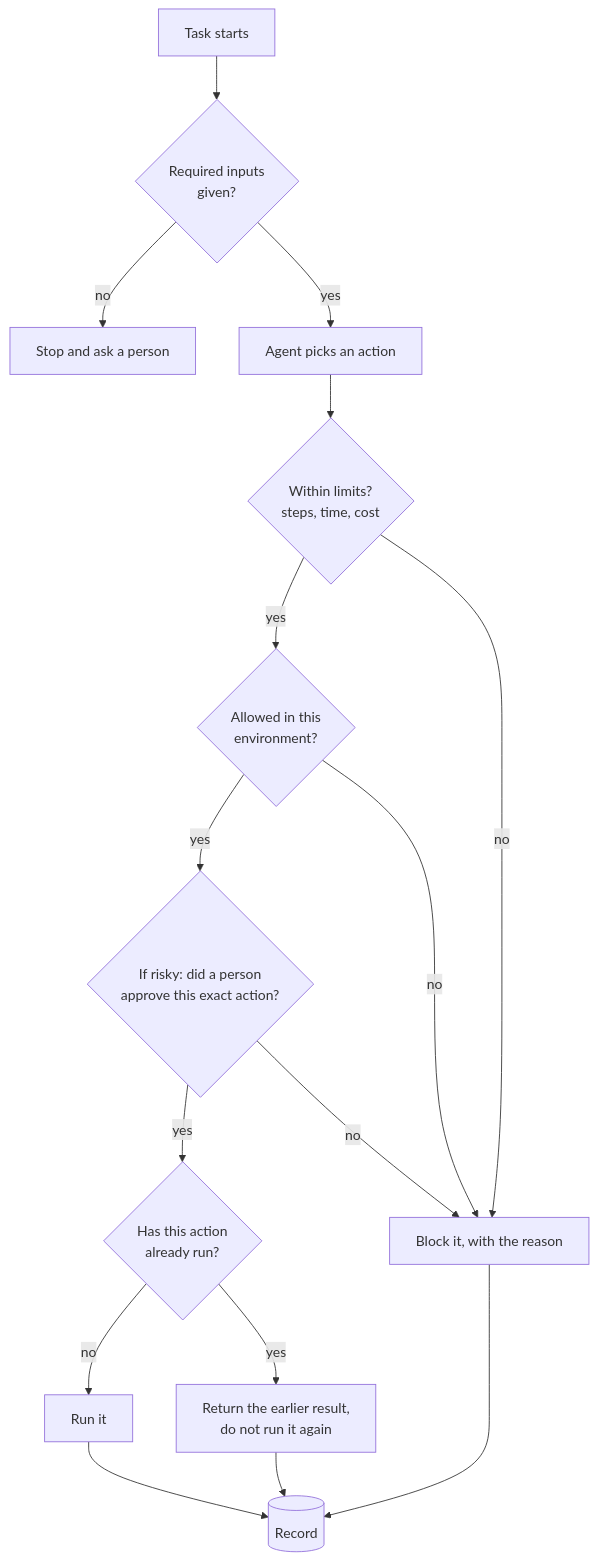
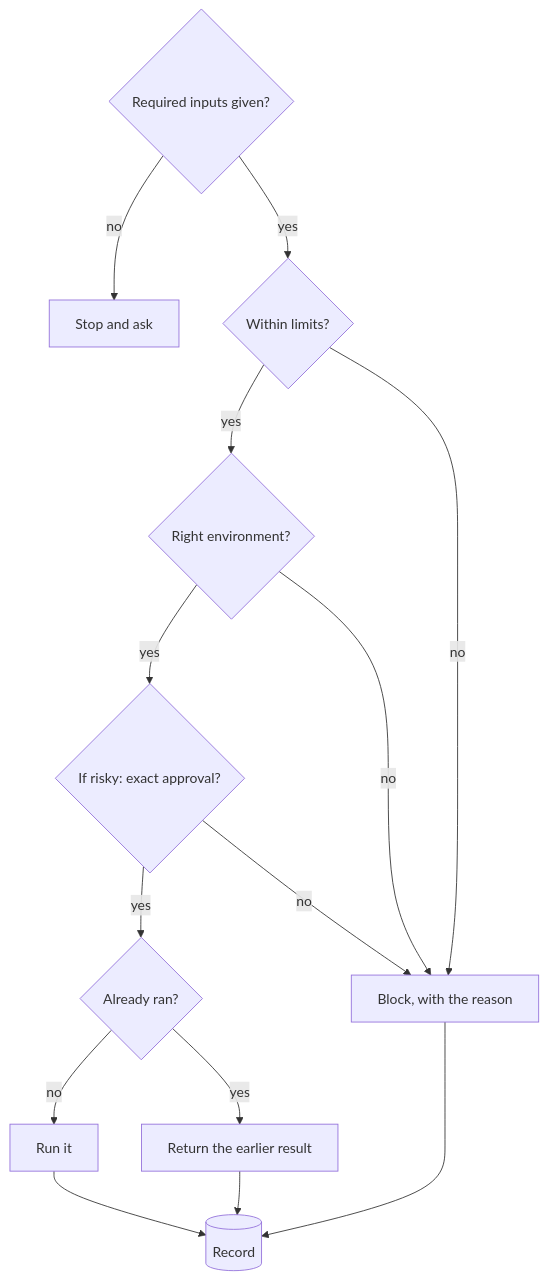
One commit to GreyyDaze/agent-action-gateway changed the second of 2 diagrams in README.md. Above: the diagram before and after it, drawn with Mermaid. The commit also changed other lines of this file and 5 other files, not shown here.

````diff
--- a/README.md
+++ b/README.md
@@ -27,18 +87,16 @@
 ```mermaid
 flowchart TD
-    T[Task starts] --> I{"Required inputs<br/>given?"}
-    I -->|no| Q[Stop and ask a person]
-    I -->|yes| A[Agent picks an action]
-    A --> L{"Within limits?<br/>steps, time, cost"}
-    L -->|yes| E{"Allowed in this<br/>environment?"}
-    E -->|yes| P{"If risky: did a person<br/>approve this exact action?"}
-    P -->|yes| O{"Has this action<br/>already run?"}
+    I{"Required inputs given?"} -->|no| Q[Stop and ask]
+    I -->|yes| L{"Within limits?"}
+    L -->|yes| E{"Right environment?"}
+    E -->|yes| P{"If risky: exact approval?"}
+    P -->|yes| O{"Already ran?"}
     O -->|no| R[Run it]
-    O -->|yes| D[Return the earlier result,<br/>do not run it again]
-    L -->|no| B[Block it, with the reason]
+    O -->|yes| D[Return the earlier result]
+    L -->|no| B[Block, with the reason]
     E -->|no| B
     P -->|no| B
     R --> REC[(Record)]
     D --> REC
     B --> REC
 ```
````
